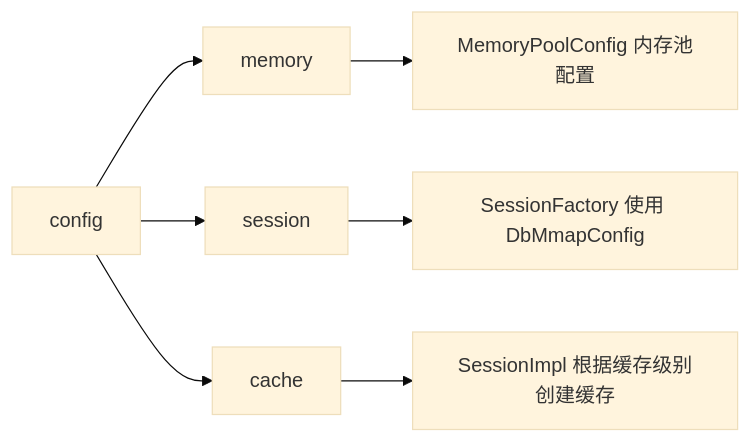
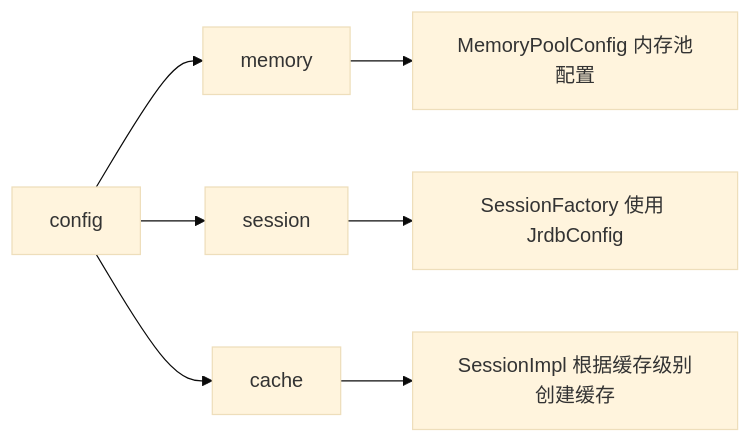
The second of 2 diagrams in doc/deconstruct/design_config/design.md (itcraft-cn/jrdb), drawn with Mermaid (base theme) before and after one commit. The commit also changed other lines of this file and 296 other files, not shown here.

````diff
--- a/doc/deconstruct/design_config/design.md
+++ b/doc/deconstruct/design_config/design.md
@@ -247,10 +247,10 @@
 ```mermaid
 flowchart LR
     A[config] --> B[memory]
     A --> C[session]
     A --> D[cache]
     
     B --> E[MemoryPoolConfig 内存池配置]
-    C --> F[SessionFactory 使用 DbMmapConfig]
+    C --> F[SessionFactory 使用 JrdbConfig]
     D --> G[SessionImpl 根据缓存级别创建缓存]
 ```
````
